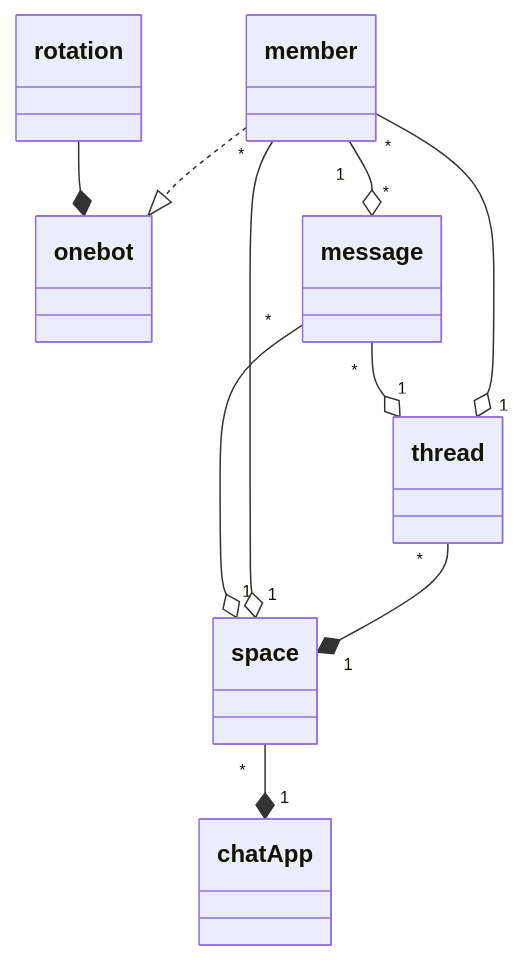
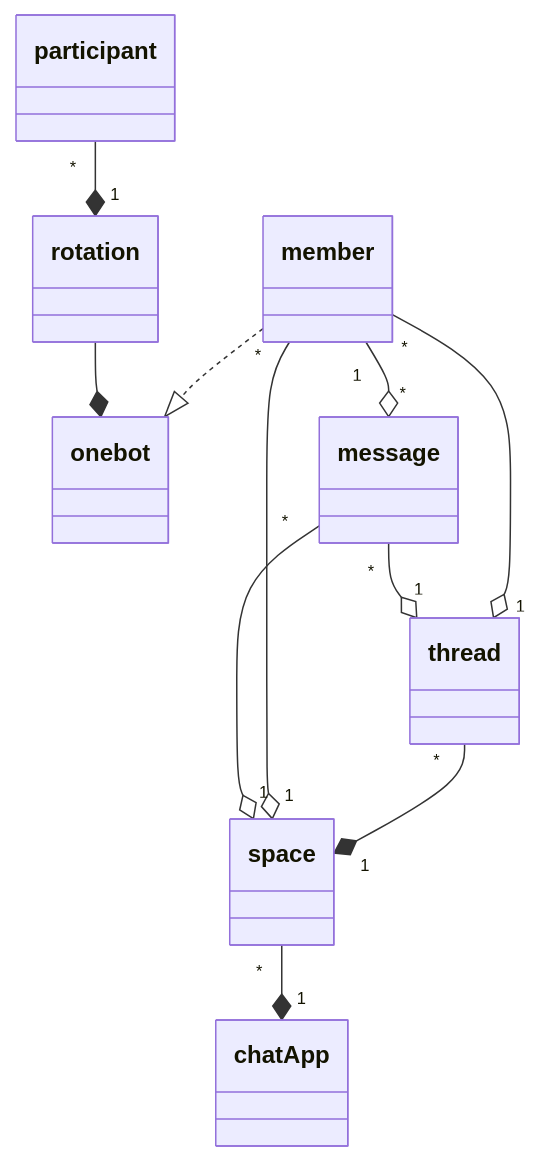
Before and after one commit to DevecorSoft/onebot: the diagram in docs/explanation/modeling.md, drawn with Mermaid. The commit also changed 1 other file, not shown here.

Commit message:
modeling

````diff
--- a/docs/explanation/modeling.md
+++ b/docs/explanation/modeling.md
@@ -3,12 +3,13 @@
 ```mermaid
 classDiagram
   space "*" --* "1" chatApp
   thread "*" --* "1" space
   member "*" --o "1" space
   member "*" --o "1" thread
   member ..|> onebot
   member "1" --o "*" message
   message "*" --o "1" space
   message "*" --o "1" thread
   rotation --* onebot
+  participant "*" --* "1" rotation
 ```
````
